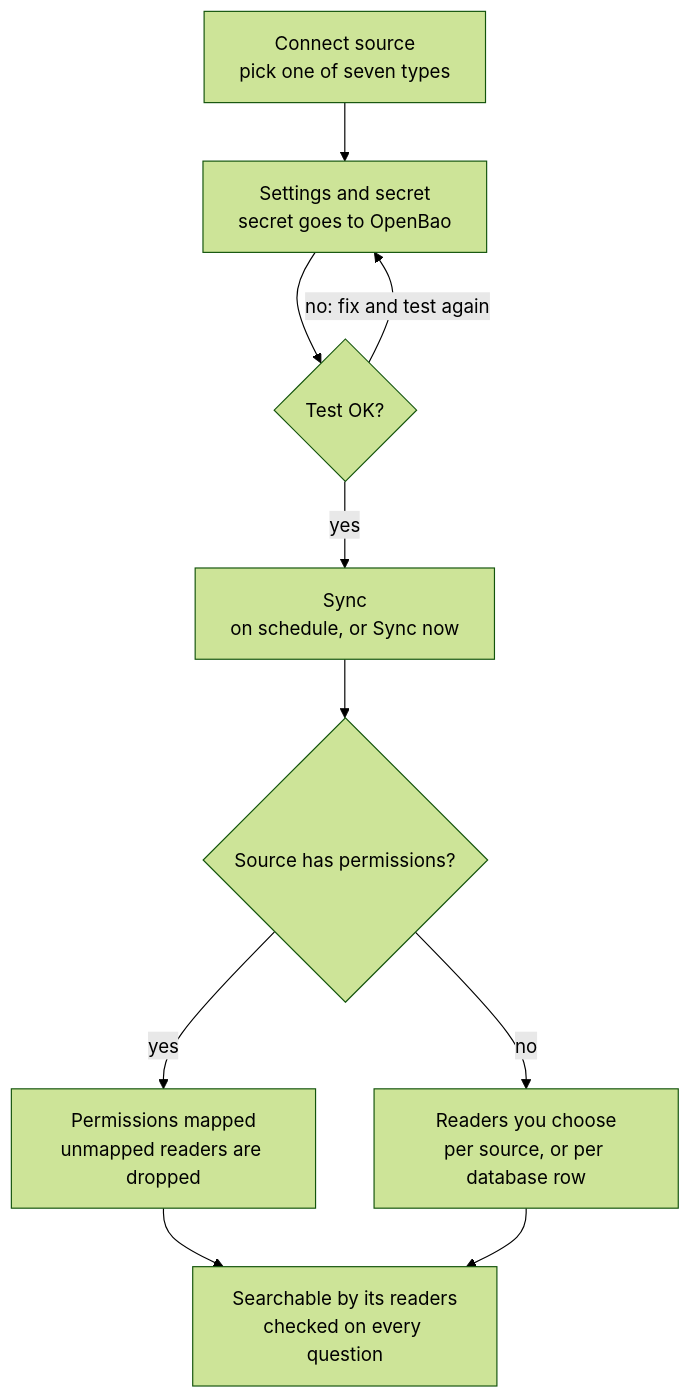
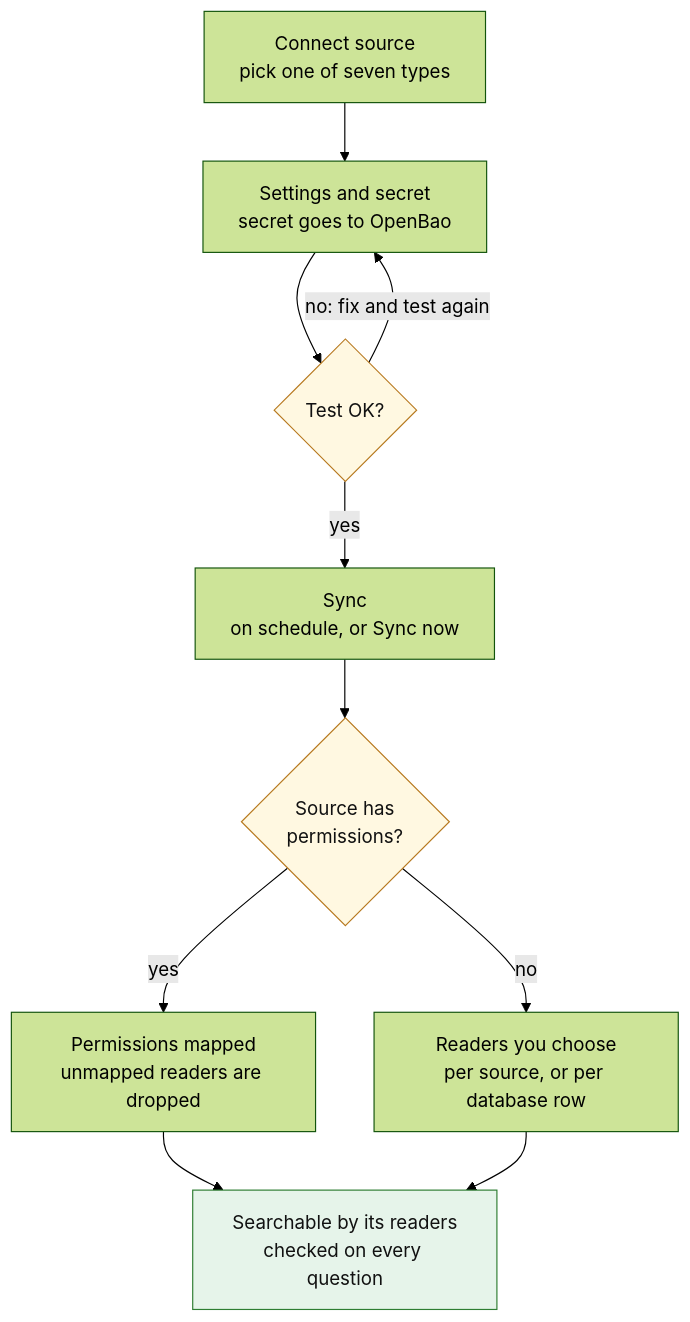
The sixth of 9 diagrams in docs/user-flows.md (shturag/veyntora), drawn with Mermaid (forest theme) before and after one commit. The commit also changed other lines of this file, not shown here.

First line of the commit message:
Docs: flows page reworked for reading on GitHub

````diff
--- a/docs/user-flows.md
+++ b/docs/user-flows.md
@@ -158,12 +285,16 @@
 ```mermaid
 flowchart TD
     type["Connect source<br/>pick one of seven types"] --> settings["Settings and secret<br/>secret goes to OpenBao"]
     settings --> test{"Test OK?"}
     test -- "no: fix and test again" --> settings
     test -- yes --> sync["Sync<br/>on schedule, or Sync now"]
-    sync --> perms{"Source has permissions?"}
+    sync --> perms{"Source has<br/>permissions?"}
     perms -- yes --> mapped["Permissions mapped<br/>unmapped readers are dropped"]
     perms -- no --> chosen["Readers you choose<br/>per source, or per database row"]
     mapped --> searchable["Searchable by its readers<br/>checked on every question"]
     chosen --> searchable
+    classDef good fill:#e6f4ea,stroke:#2e7d32,color:#111
+    classDef decision fill:#fff8e1,stroke:#b7791f,color:#111
+    class searchable good
+    class test,perms decision
 ```
````
